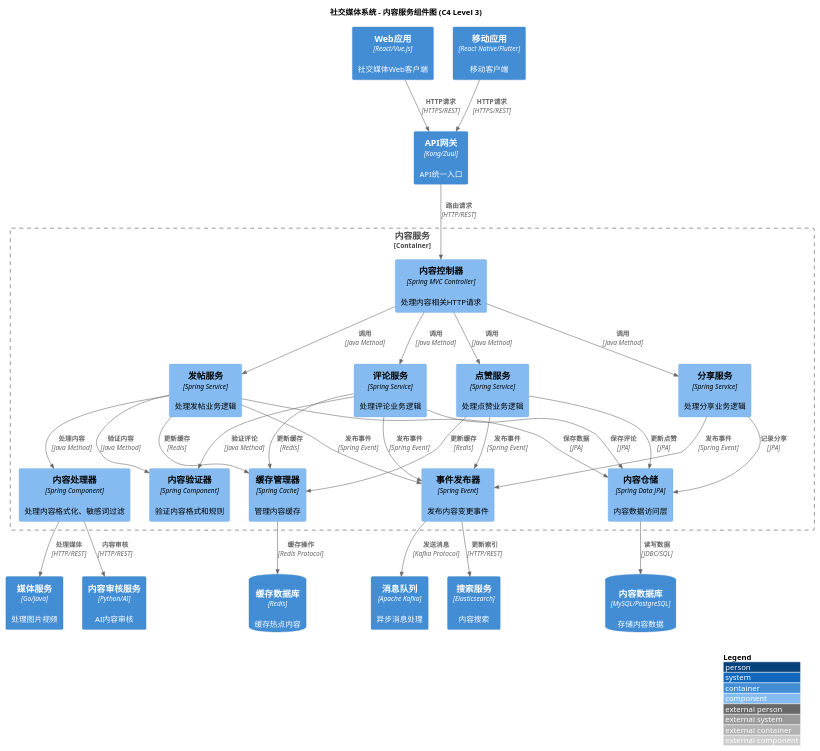
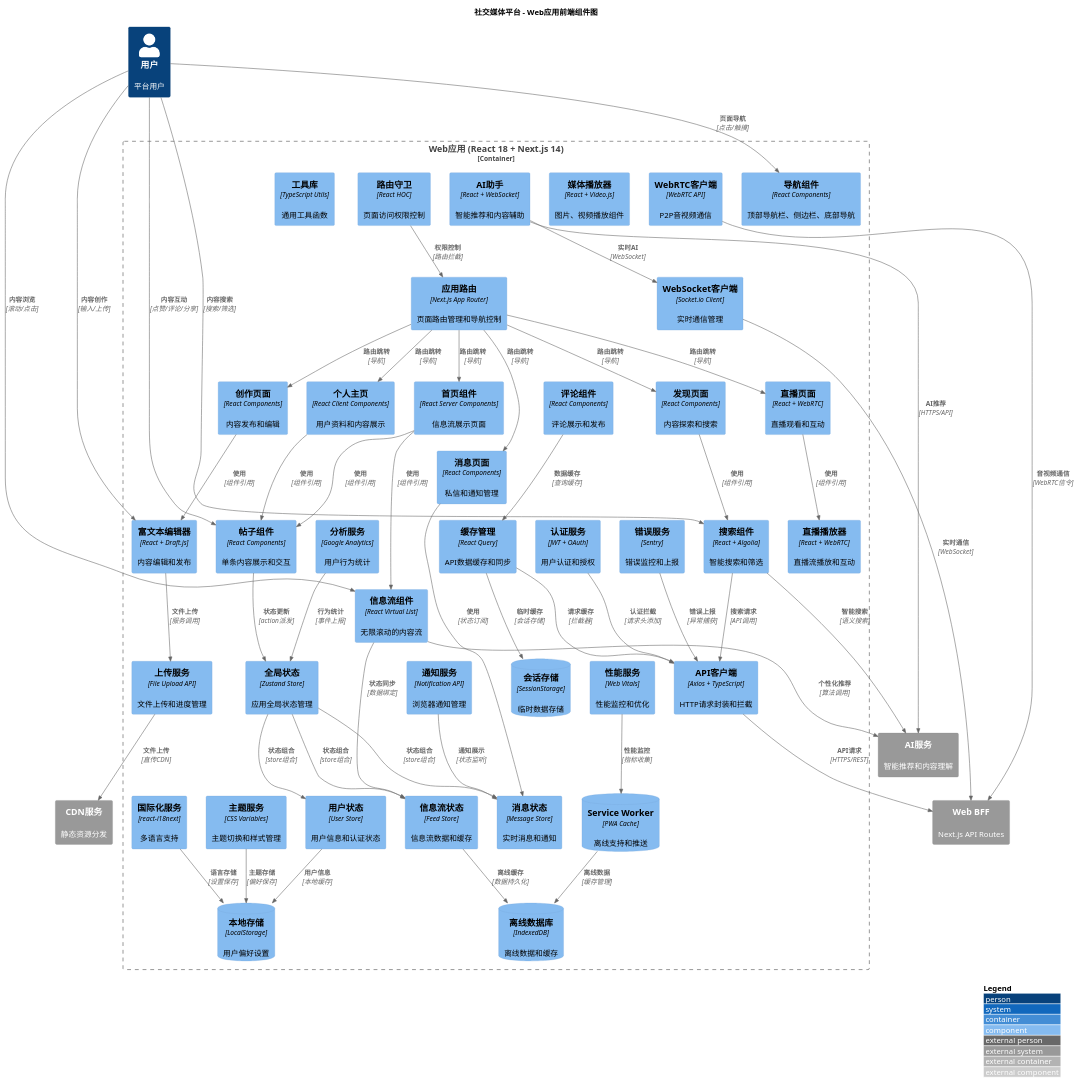
One commit to felixzhu97/system-design changed the diagram in social-media/social-media-c4-component.puml. Above: the diagram before and after it, drawn with PlantUML. The commit also changed 6 other files, not shown here.

First line of the commit message:
refactor: Refactor social media design diagrams with detailed architecture

```diff
--- a/social-media/social-media-c4-component.puml
+++ b/social-media/social-media-c4-component.puml
@@ -1,67 +1,133 @@
 @startuml
 !include https://raw.githubusercontent.com/plantuml-stdlib/C4-PlantUML/master/C4_Component.puml
 
-title 社交媒体系统 - 内容服务组件图 (C4 Level 3)
+title 社交媒体平台 - Web应用前端组件图
 
 LAYOUT_WITH_LEGEND()
 
-Container(webApp, "Web应用", "React/Vue.js", "社交媒体Web客户端")
-Container(mobileApp, "移动应用", "React Native/Flutter", "移动客户端")
-Container(apiGateway, "API网关", "Kong/Zuul", "API统一入口")
+Person(user, "用户", "平台用户")
+System_Ext(webBFF, "Web BFF", "Next.js API Routes")
+System_Ext(cdnService, "CDN服务", "静态资源分发")
+System_Ext(aiService, "AI服务", "智能推荐和内容理解")
 
-Container_Boundary(contentService, "内容服务") {
-    Component(contentController, "内容控制器", "Spring MVC Controller", "处理内容相关HTTP请求")
-    Component(postService, "发帖服务", "Spring Service", "处理发帖业务逻辑")
-    Component(commentService, "评论服务", "Spring Service", "处理评论业务逻辑")
-    Component(likeService, "点赞服务", "Spring Service", "处理点赞业务逻辑")
-    Component(shareService, "分享服务", "Spring Service", "处理分享业务逻辑")
-    Component(contentValidator, "内容验证器", "Spring Component", "验证内容格式和规则")
-    Component(contentProcessor, "内容处理器", "Spring Component", "处理内容格式化、敏感词过滤")
-    Component(contentRepository, "内容仓储", "Spring Data JPA", "内容数据访问层")
-    Component(cacheManager, "缓存管理器", "Spring Cache", "管理内容缓存")
-    Component(eventPublisher, "事件发布器", "Spring Event", "发布内容变更事件")
+Container_Boundary(webApp, "Web应用 (React 18 + Next.js 14)") {
+    
+    ' 路由和导航层
+    Component(appRouter, "应用路由", "Next.js App Router", "页面路由管理和导航控制")
+    Component(navigation, "导航组件", "React Components", "顶部导航栏、侧边栏、底部导航")
+    Component(authGuard, "路由守卫", "React HOC", "页面访问权限控制")
+    
+    ' 页面组件层
+    Component(homePage, "首页组件", "React Server Components", "信息流展示页面")
+    Component(profilePage, "个人主页", "React Client Components", "用户资料和内容展示")
+    Component(explorePage, "发现页面", "React Components", "内容探索和搜索")
+    Component(messagePage, "消息页面", "React Components", "私信和通知管理")
+    Component(livePage, "直播页面", "React + WebRTC", "直播观看和互动")
+    Component(creatorPage, "创作页面", "React Components", "内容发布和编辑")
+    
+    ' 业务组件层
+    Component(feedComponent, "信息流组件", "React Virtual List", "无限滚动的内容流")
+    Component(postComponent, "帖子组件", "React Components", "单条内容展示和交互")
+    Component(commentComponent, "评论组件", "React Components", "评论展示和发布")
+    Component(mediaPlayer, "媒体播放器", "React + Video.js", "图片、视频播放组件")
+    Component(livePlayer, "直播播放器", "React + WebRTC", "直播流播放和互动")
+    Component(editorComponent, "富文本编辑器", "React + Draft.js", "内容编辑和发布")
+    Component(searchComponent, "搜索组件", "React + Algolia", "智能搜索和筛选")
+    Component(aiAssistant, "AI助手", "React + WebSocket", "智能推荐和内容辅助")
+    
+    ' 状态管理层
+    Component(globalStore, "全局状态", "Zustand Store", "应用全局状态管理")
+    Component(userStore, "用户状态", "User Store", "用户信息和认证状态")
+    Component(feedStore, "信息流状态", "Feed Store", "信息流数据和缓存")
+    Component(messageStore, "消息状态", "Message Store", "实时消息和通知")
+    Component(cacheManager, "缓存管理", "React Query", "API数据缓存和同步")
+    
+    ' 通信服务层
+    Component(apiClient, "API客户端", "Axios + TypeScript", "HTTP请求封装和拦截")
+    Component(websocketClient, "WebSocket客户端", "Socket.io Client", "实时通信管理")
+    Component(webrtcClient, "WebRTC客户端", "WebRTC API", "P2P音视频通信")
+    Component(uploadService, "上传服务", "File Upload API", "文件上传和进度管理")
+    
+    ' 工具服务层
+    Component(authService, "认证服务", "JWT + OAuth", "用户认证和授权")
+    Component(notificationService, "通知服务", "Notification API", "浏览器通知管理")
+    Component(analyticsService, "分析服务", "Google Analytics", "用户行为统计")
+    Component(errorService, "错误服务", "Sentry", "错误监控和上报")
+    Component(performanceService, "性能服务", "Web Vitals", "性能监控和优化")
+    Component(themeService, "主题服务", "CSS Variables", "主题切换和样式管理")
+    Component(i18nService, "国际化服务", "react-i18next", "多语言支持")
+    Component(utilsLibrary, "工具库", "TypeScript Utils", "通用工具函数")
+    
+    ' 本地存储层
+    ComponentDb(localStorage, "本地存储", "LocalStorage", "用户偏好设置")
+    ComponentDb(sessionStorage, "会话存储", "SessionStorage", "临时数据存储")
+    ComponentDb(indexedDB, "离线数据库", "IndexedDB", "离线数据和缓存")
+    ComponentDb(serviceWorker, "Service Worker", "PWA Cache", "离线支持和推送")
 }
 
-ContainerDb(contentDb, "内容数据库", "MySQL/PostgreSQL", "存储内容数据")
-ContainerDb(cacheDb, "缓存数据库", "Redis", "缓存热点内容")
-Container(messageQueue, "消息队列", "Apache Kafka", "异步消息处理")
-Container(mediaService, "媒体服务", "Go/Java", "处理图片视频")
-Container(searchService, "搜索服务", "Elasticsearch", "内容搜索")
-Container(moderationService, "内容审核服务", "Python/AI", "AI内容审核")
+' 用户交互流
+Rel(user, navigation, "页面导航", "点击/触摸")
+Rel(user, feedComponent, "内容浏览", "滚动/点击")
+Rel(user, postComponent, "内容互动", "点赞/评论/分享")
+Rel(user, editorComponent, "内容创作", "输入/上传")
+Rel(user, searchComponent, "内容搜索", "搜索/筛选")
 
-Rel(webApp, apiGateway, "HTTP请求", "HTTPS/REST")
-Rel(mobileApp, apiGateway, "HTTP请求", "HTTPS/REST")
-Rel(apiGateway, contentController, "路由请求", "HTTP/REST")
+' 路由和页面管理
+Rel(appRouter, homePage, "路由跳转", "导航")
+Rel(appRouter, profilePage, "路由跳转", "导航")
+Rel(appRouter, explorePage, "路由跳转", "导航")
+Rel(appRouter, messagePage, "路由跳转", "导航")
+Rel(appRouter, livePage, "路由跳转", "导航")
+Rel(appRouter, creatorPage, "路由跳转", "导航")
+Rel(authGuard, appRouter, "权限控制", "路由拦截")
 
-Rel(contentController, postService, "调用", "Java Method")
-Rel(contentController, commentService, "调用", "Java Method")
-Rel(contentController, likeService, "调用", "Java Method")
-Rel(contentController, shareService, "调用", "Java Method")
+' 页面与组件关系
+Rel(homePage, feedComponent, "使用", "组件引用")
+Rel(homePage, postComponent, "使用", "组件引用")
+Rel(profilePage, postComponent, "使用", "组件引用")
+Rel(explorePage, searchComponent, "使用", "组件引用")
+Rel(messagePage, messageStore, "使用", "状态订阅")
+Rel(livePage, livePlayer, "使用", "组件引用")
+Rel(creatorPage, editorComponent, "使用", "组件引用")
 
-Rel(postService, contentValidator, "验证内容", "Java Method")
-Rel(postService, contentProcessor, "处理内容", "Java Method")
-Rel(postService, contentRepository, "保存数据", "JPA")
-Rel(postService, cacheManager, "更新缓存", "Redis")
-Rel(postService, eventPublisher, "发布事件", "Spring Event")
+' 组件与状态管理
+Rel(feedComponent, feedStore, "状态同步", "数据绑定")
+Rel(postComponent, globalStore, "状态更新", "action派发")
+Rel(commentComponent, cacheManager, "数据缓存", "查询缓存")
+Rel(editorComponent, uploadService, "文件上传", "服务调用")
+Rel(searchComponent, apiClient, "搜索请求", "API调用")
+Rel(aiAssistant, websocketClient, "实时AI", "WebSocket")
 
-Rel(commentService, contentValidator, "验证评论", "Java Method")
-Rel(commentService, contentRepository, "保存评论", "JPA")
-Rel(commentService, cacheManager, "更新缓存", "Redis")
-Rel(commentService, eventPublisher, "发布事件", "Spring Event")
+' 状态管理层内部关系
+Rel(globalStore, userStore, "状态组合", "store组合")
+Rel(globalStore, feedStore, "状态组合", "store组合")
+Rel(globalStore, messageStore, "状态组合", "store组合")
+Rel(cacheManager, apiClient, "请求缓存", "拦截器")
 
-Rel(likeService, contentRepository, "更新点赞", "JPA")
-Rel(likeService, cacheManager, "更新缓存", "Redis")
-Rel(likeService, eventPublisher, "发布事件", "Spring Event")
+' 通信服务层
+Rel(apiClient, webBFF, "API请求", "HTTPS/REST")
+Rel(websocketClient, webBFF, "实时通信", "WebSocket")
+Rel(webrtcClient, webBFF, "音视频通信", "WebRTC信令")
+Rel(uploadService, cdnService, "文件上传", "直传CDN")
 
-Rel(shareService, contentRepository, "记录分享", "JPA")
-Rel(shareService, eventPublisher, "发布事件", "Spring Event")
+' 工具服务层
+Rel(authService, apiClient, "认证拦截", "请求头添加")
+Rel(notificationService, messageStore, "通知展示", "状态监听")
+Rel(analyticsService, globalStore, "行为统计", "事件上报")
+Rel(errorService, apiClient, "错误上报", "异常捕获")
+Rel(performanceService, serviceWorker, "性能监控", "指标收集")
+Rel(themeService, localStorage, "主题存储", "偏好保存")
+Rel(i18nService, localStorage, "语言存储", "设置保存")
 
-Rel(contentRepository, contentDb, "读写数据", "JDBC/SQL")
-Rel(cacheManager, cacheDb, "缓存操作", "Redis Protocol")
-Rel(eventPublisher, messageQueue, "发送消息", "Kafka Protocol")
+' 本地存储
+Rel(userStore, localStorage, "用户信息", "本地缓存")
+Rel(feedStore, indexedDB, "离线缓存", "数据持久化")
+Rel(cacheManager, sessionStorage, "临时缓存", "会话存储")
+Rel(serviceWorker, indexedDB, "离线数据", "缓存管理")
 
-Rel(contentProcessor, mediaService, "处理媒体", "HTTP/REST")
-Rel(contentProcessor, moderationService, "内容审核", "HTTP/REST")
-Rel(eventPublisher, searchService, "更新索引", "HTTP/REST")
+' AI智能服务集成
+Rel(aiAssistant, aiService, "AI推荐", "HTTPS/API")
+Rel(feedComponent, aiService, "个性化推荐", "算法调用")
+Rel(searchComponent, aiService, "智能搜索", "语义搜索")
 
 @enduml 
```
